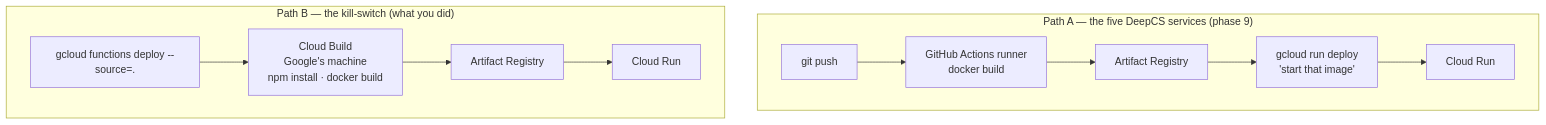
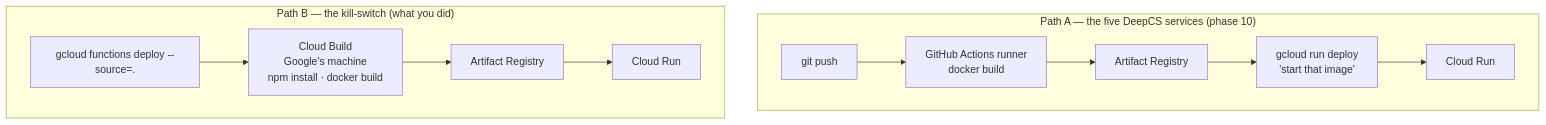
Before and after one commit to Wnayar/deepcs: the sixth of 8 diagrams in docs/learning/google-cloud-flow.md, drawn with Mermaid. The commit also changed other lines of this file and 16 other files, not shown here.

````diff
--- a/docs/learning/google-cloud-flow.md
+++ b/docs/learning/google-cloud-flow.md
@@ -270,15 +270,15 @@
 ```mermaid
 flowchart TD
-    subgraph A["Path A — the five DeepCS services (phase 9)"]
+    subgraph A["Path A — the five DeepCS services (phase 10)"]
       A1["git push"] --> A2["GitHub Actions runner<br/>docker build"]
       A2 --> A3["Artifact Registry"]
       A3 --> A4["gcloud run deploy<br/>'start that image'"]
       A4 --> A5["Cloud Run"]
     end
 
     subgraph B["Path B — the kill-switch (what you did)"]
       B1["gcloud functions deploy --source=."] --> B2["Cloud Build<br/>Google's machine<br/>npm install · docker build"]
       B2 --> B3["Artifact Registry"]
       B3 --> B4["Cloud Run"]
     end
 ```
````
